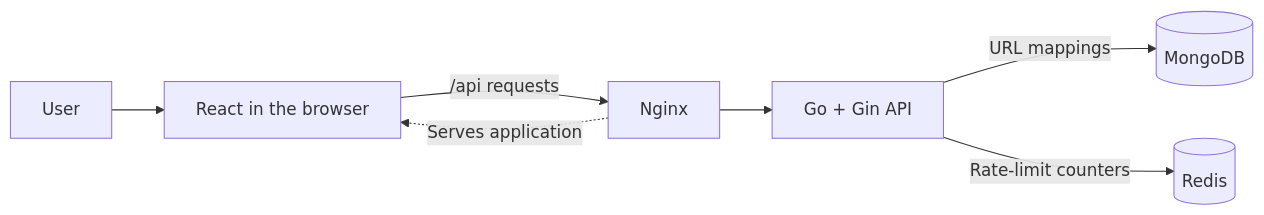
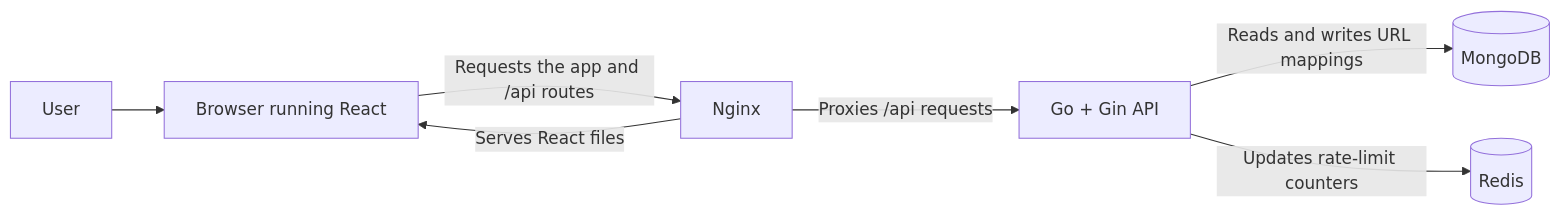
One commit to ErenKarakus1/URL-Shortener changed the diagram in README.md. Above: the diagram before and after it, drawn with Mermaid.

Commit message:
docs: correct architecture diagram

````diff
--- a/README.md
+++ b/README.md
@@ -15,9 +15,9 @@
 ```mermaid
 flowchart LR
-    User[User] --> Frontend[React in the browser]
-    Frontend -->|/api requests| Nginx[Nginx]
-    Nginx -.->|Serves application| Frontend
-    Nginx --> Backend[Go + Gin API]
-    Backend -->|URL mappings| MongoDB[(MongoDB)]
-    Backend -->|Rate-limit counters| Redis[(Redis)]
+    User[User] --> Browser[Browser running React]
+    Browser -->|Requests the app and /api routes| Nginx[Nginx]
+    Nginx -->|Serves React files| Browser
+    Nginx -->|Proxies /api requests| Backend[Go + Gin API]
+    Backend -->|Reads and writes URL mappings| MongoDB[(MongoDB)]
+    Backend -->|Updates rate-limit counters| Redis[(Redis)]
 ```
````
